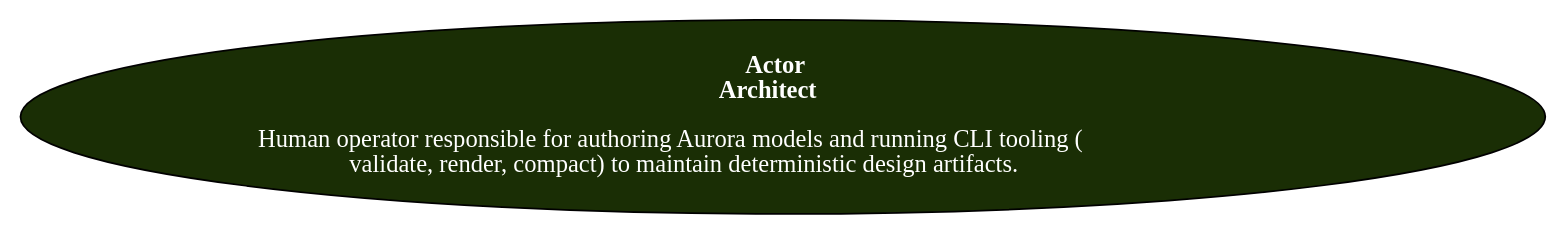
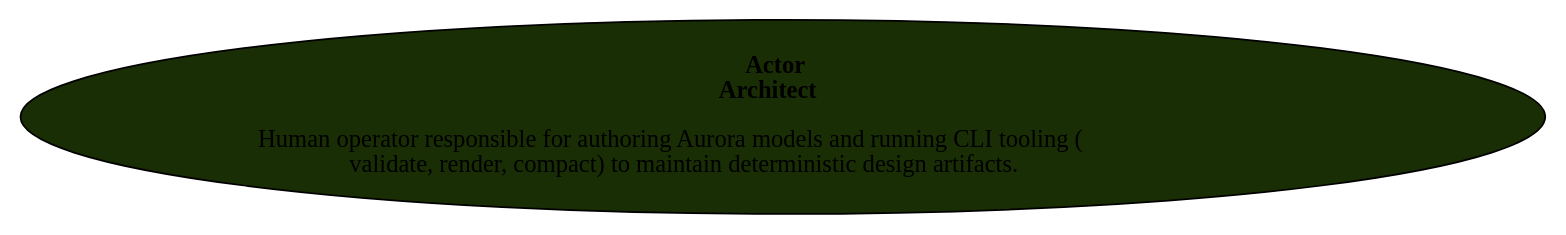
Before and after one commit to JEleniel/aurora: the diagram in docs/design/MIS-003-views/source/Use_Case.view.dot, drawn with Graphviz. The commit also changed 95 other files, not shown here.

```diff
--- a/docs/design/MIS-003-views/source/Use_Case.view.dot
+++ b/docs/design/MIS-003-views/source/Use_Case.view.dot
@@ -1,20 +1,20 @@
 digraph {
 					fontname="Noto Sans";
 					fontcolor="#FFFFFF";
 					fontsize=12;
 				ACT_003[
 			label=<
-				<FONT COLOR="#FFFFFF"><B>Actor</B><BR/>
+				<B>Actor</B><BR/>
 				<B>Architect</B><BR/>
 				<BR/>
-				Human operator responsible for authoring Aurora models and running CLI tooling (<BR/>validate, render, compact) to maintain deterministic design artifacts.<BR/></FONT>
+				Human operator responsible for authoring Aurora models and running CLI tooling (<BR/>validate, render, compact) to maintain deterministic design artifacts.<BR/>
 			>
 			height=1.0;
 			width=1.6;
 			href="../MIS-003-views/Architect.view.svg";
 			style=filled;
 			fillcolor="#1a2e05";
 			svg_shape="ellipse";
 			icon="user";
 		];
 		}
```
